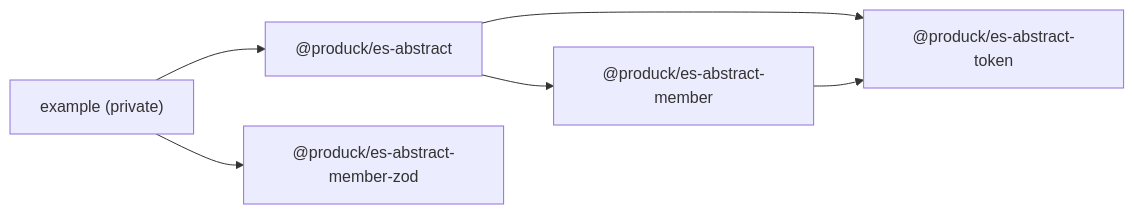
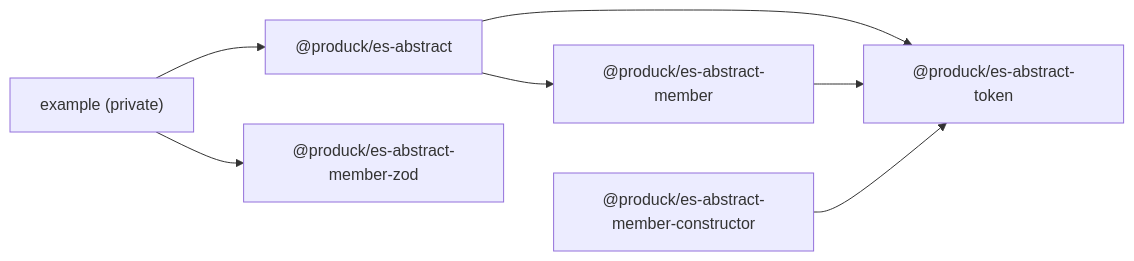
One commit to produck/abstract-class changed the diagram in README.md. Above: the diagram before and after it, drawn with Mermaid. The commit also changed other lines of this file and 12 other files, not shown here.

````diff
--- a/README.md
+++ b/README.md
@@ -18,9 +20,10 @@
 ```mermaid
 graph LR
   A["@produck/es-abstract"] --> B["@produck/es-abstract-token"]
   A --> C["@produck/es-abstract-member"]
   C --> B
   D["@produck/es-abstract-member-zod"]
+  F["@produck/es-abstract-member-constructor"] --> B
   E["example (private)"] --> A
   E --> D
 ```
````
